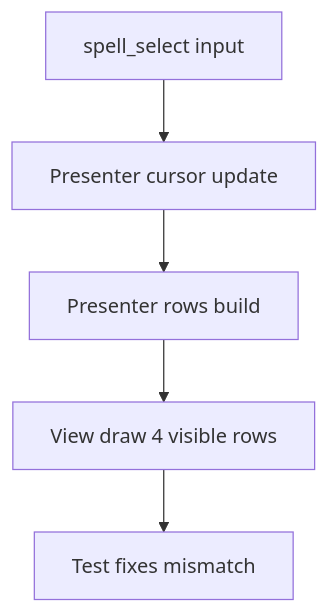
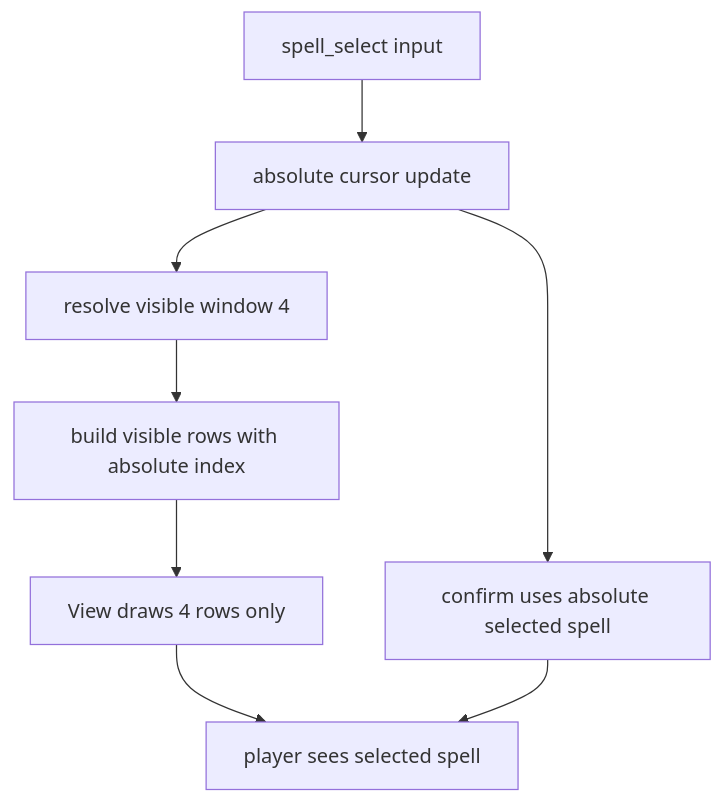
One commit to tatsuro-ueda/code-quest-pyxel changed the first of 2 diagrams in steering/2026年5月24日 戦闘：魔法選択でカーソルが画面外へ出る不具合を直す.md. Above: the diagram before and after it, drawn with Mermaid. The commit also changed other lines of this file and 2 other files, not shown here.

Commit message:
tasknote: fix battle spell selection window

````diff
--- a/steering/2026年5月24日 戦闘：魔法選択でカーソルが画面外へ出る不具合を直す.md
+++ b/steering/2026年5月24日 戦闘：魔法選択でカーソルが画面外へ出る不具合を直す.md
@@ -136,7 +190,10 @@
 ```mermaid
 flowchart TD
-    A[spell_select input] --> B[Presenter cursor update]
-    B --> C[Presenter rows build]
-    C --> D[View draw 4 visible rows]
-    D --> E[Test fixes mismatch]
+    A[spell_select input] --> B[absolute cursor update]
+    B --> C[resolve visible window 4]
+    C --> D[build visible rows with absolute index]
+    D --> E[View draws 4 rows only]
+    B --> F[confirm uses absolute selected spell]
+    E --> G[player sees selected spell]
+    F --> G
 ```
````
